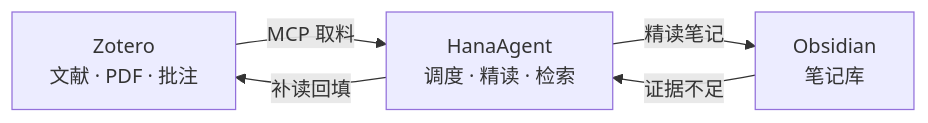
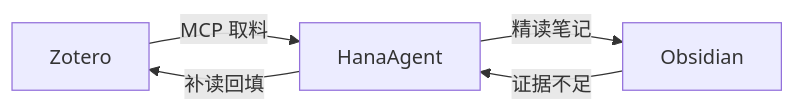
Before and after one commit to XZJ-top/zotero-obsidian-paper-workflow: the diagram in README.md, drawn with Mermaid.

Commit message:
fix: conservative mermaid syntax for GitHub rich display

````diff
--- a/README.md
+++ b/README.md
@@ -7,7 +7,7 @@
 ```mermaid
-flowchart LR
-    Z[Zotero<br/>文献 · PDF · 批注] -- "MCP 取料" --> H[HanaAgent<br/>调度 · 精读 · 检索]
-    H -- "精读笔记" --> O[Obsidian<br/>笔记库]
-    O -- "证据不足" --> H
-    H -- "补读回填" --> Z
+graph LR
+    Z[Zotero] -->|MCP 取料| H[HanaAgent]
+    H -->|精读笔记| O[Obsidian]
+    O -->|证据不足| H
+    H -->|补读回填| Z
 ```
````
